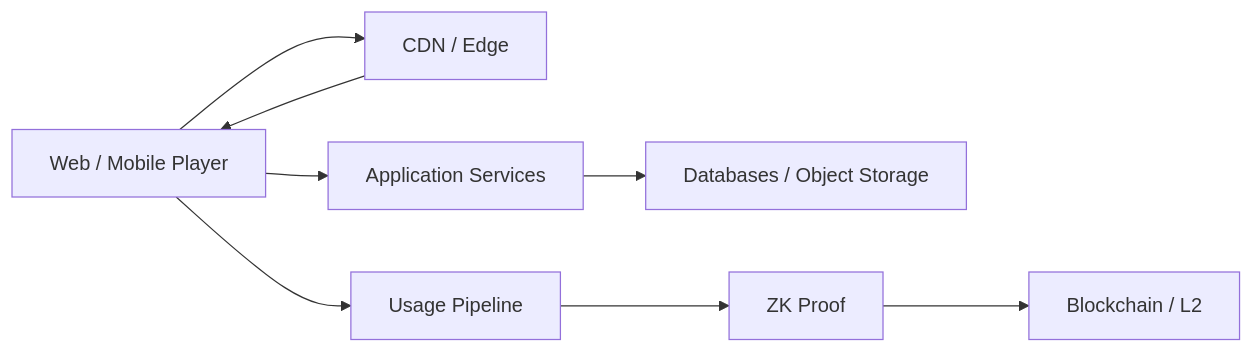
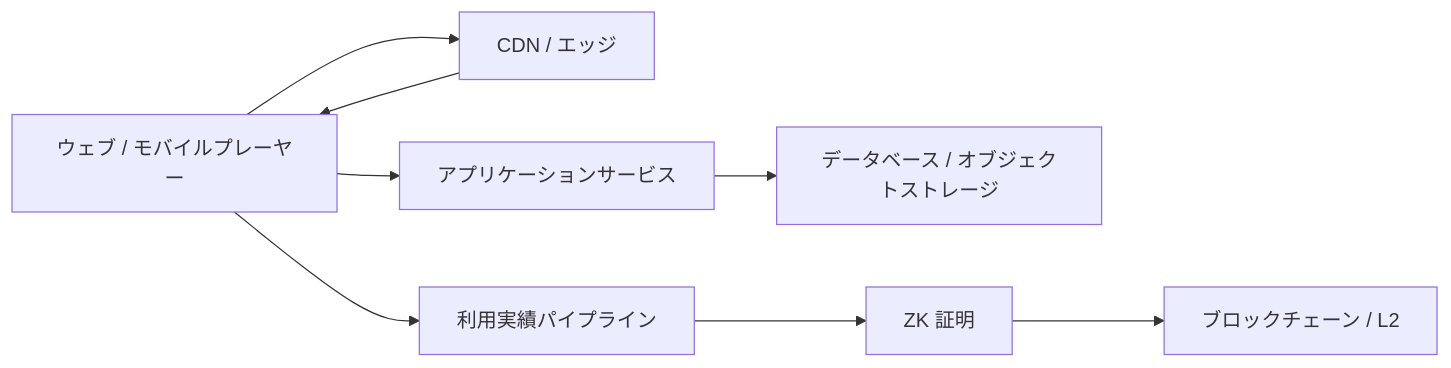
One commit to ShigeichiroYamasaki/creator-first-platform changed the second of 47 diagrams in docs/whitepaper/12-infrastructure-cost.md. Above: the diagram before and after it, drawn with Mermaid. The commit also changed other lines of this file and 72 other files, not shown here.

````diff
--- a/docs/whitepaper/12-infrastructure-cost.md
+++ b/docs/whitepaper/12-infrastructure-cost.md
@@ -54,18 +54,18 @@
 ```mermaid
 flowchart LR
-    CLIENT[Web / Mobile Player]
-    EDGE[CDN / Edge]
-    APP[Application Services]
-    DATA[Databases / Object Storage]
-    USAGE[Usage Pipeline]
-    ZK[ZK Proof]
-    L2[Blockchain / L2]
+    CLIENT[ウェブ / モバイルプレーヤー]
+    EDGE[CDN / エッジ]
+    APP[アプリケーションサービス]
+    DATA[データベース / オブジェクトストレージ]
+    USAGE[利用実績パイプライン]
+    ZK[ZK 証明]
+    L2[ブロックチェーン / L2]
 
     CLIENT --> EDGE
     CLIENT --> APP
     EDGE --> CLIENT
     APP --> DATA
     CLIENT --> USAGE
     USAGE --> ZK
     ZK --> L2
 ```
````
